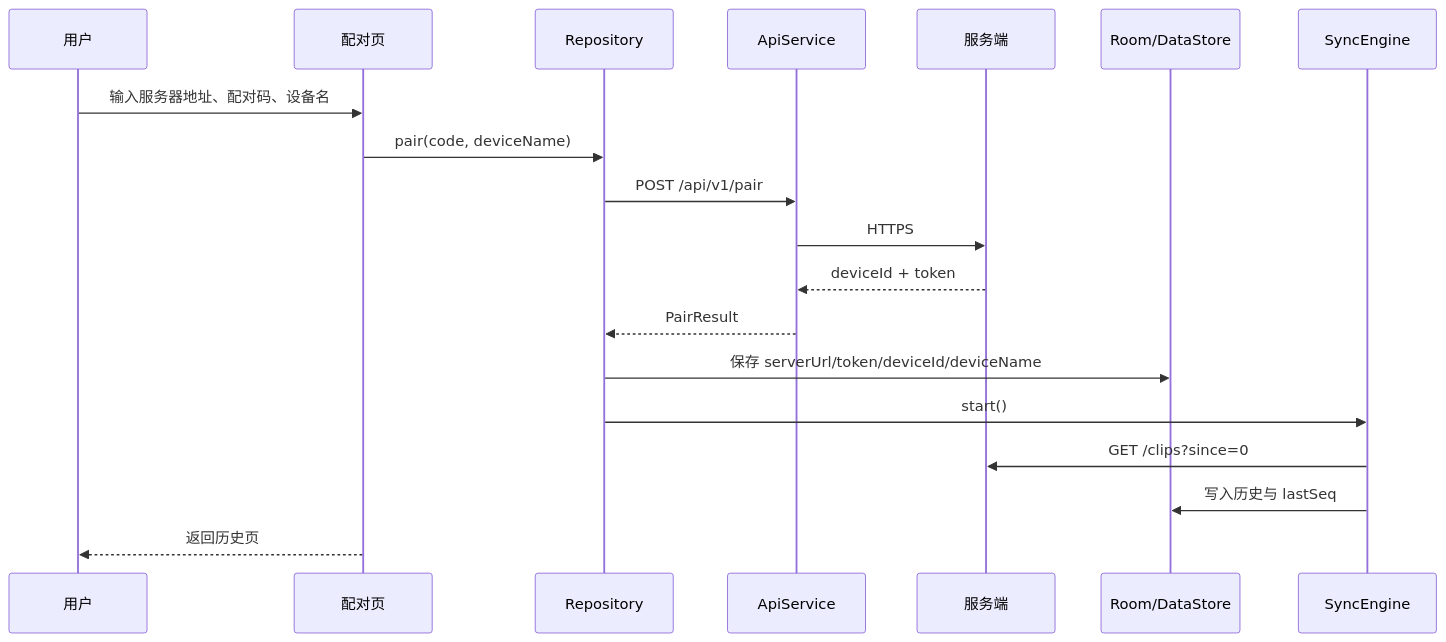
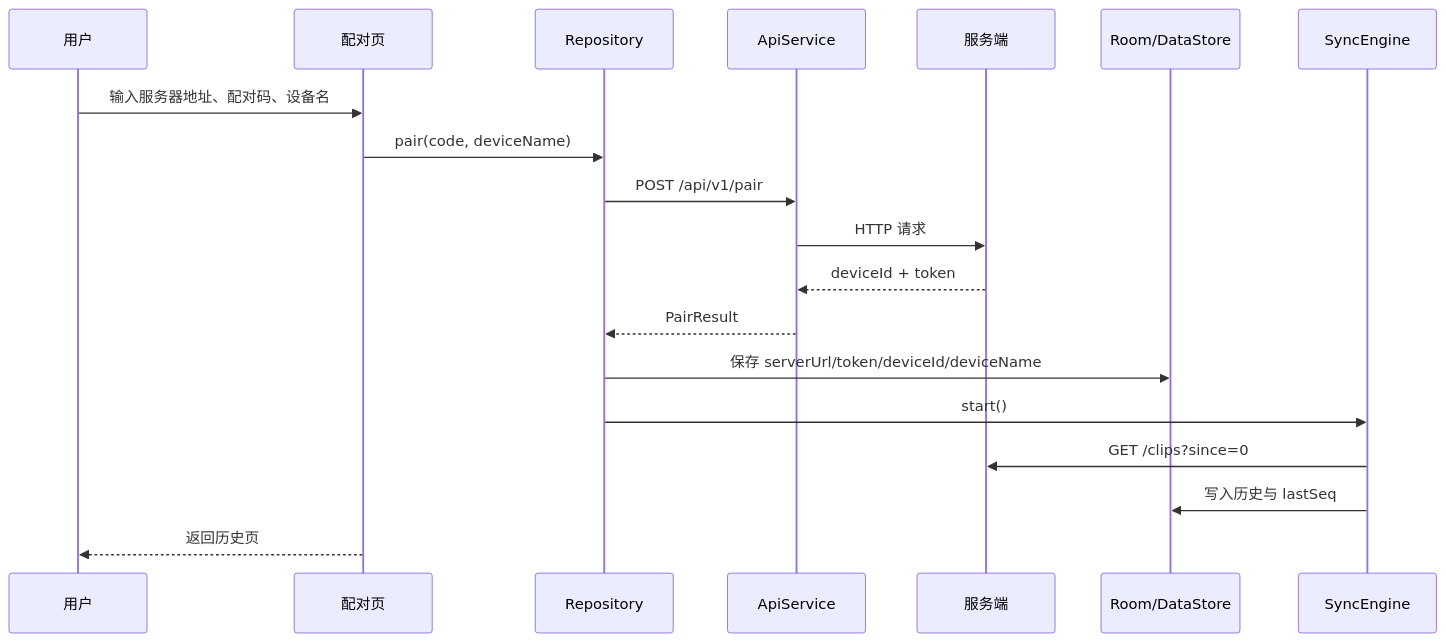
The fourth of 13 diagrams in docs/客户端技术架构.md (xingfengwxx/Clipbox), drawn with Mermaid before and after one commit. The commit also changed other lines of this file and 15 other files, not shown here.

````diff
--- a/docs/客户端技术架构.md
+++ b/docs/客户端技术架构.md
@@ -777,22 +781,22 @@
 ```mermaid
 sequenceDiagram
     participant U as 用户
     participant UI as 配对页
     participant R as Repository
     participant A as ApiService
     participant S as 服务端
     participant DB as Room/DataStore
     participant Sync as SyncEngine
 
     U->>UI: 输入服务器地址、配对码、设备名
     UI->>R: pair(code, deviceName)
     R->>A: POST /api/v1/pair
-    A->>S: HTTPS
+    A->>S: HTTP 请求
     S-->>A: deviceId + token
     A-->>R: PairResult
     R->>DB: 保存 serverUrl/token/deviceId/deviceName
     R->>Sync: start()
     Sync->>S: GET /clips?since=0
     Sync->>DB: 写入历史与 lastSeq
     UI-->>U: 返回历史页
 ```
````
